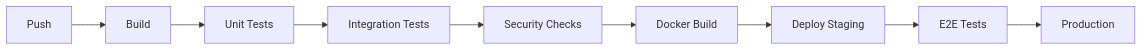
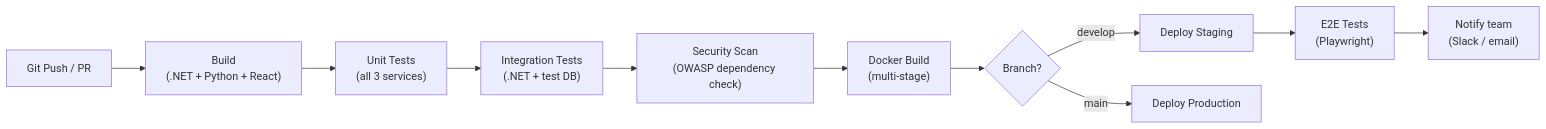
The second of 2 diagrams in docs/09_GIT_CI_CD_TESTING.md (Raashidh-Rizvi/EduFlowAi), drawn with Mermaid before and after one commit. The commit also changed other lines of this file and 38 other files, not shown here.

````diff
--- a/docs/09_GIT_CI_CD_TESTING.md
+++ b/docs/09_GIT_CI_CD_TESTING.md
@@ -130,11 +356,13 @@
 ```mermaid
 flowchart LR
-    A[Push] --> B[Build]
-    B --> C[Unit Tests]
-    C --> D[Integration Tests]
-    D --> E[Security Checks]
-    E --> F[Docker Build]
-    F --> G[Deploy Staging]
-    G --> H[E2E Tests]
-    H --> I[Production]
+    A["Git Push / PR"] --> B["Build\n(.NET + Python + React)"]
+    B --> C["Unit Tests\n(all 3 services)"]
+    C --> D["Integration Tests\n(.NET + test DB)"]
+    D --> E["Security Scan\n(OWASP dependency check)"]
+    E --> F["Docker Build\n(multi-stage)"]
+    F --> G{"Branch?"}
+    G -->|"develop"| H["Deploy Staging"]
+    G -->|"main"| I["Deploy Production"]
+    H --> J["E2E Tests\n(Playwright)"]
+    J --> K["Notify team\n(Slack / email)"]
 ```
````
